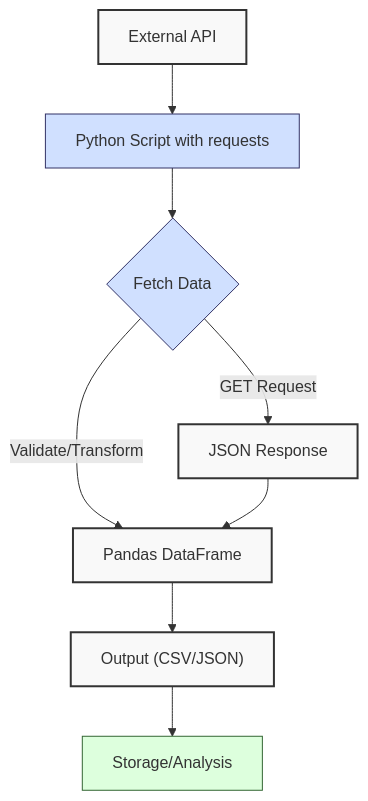
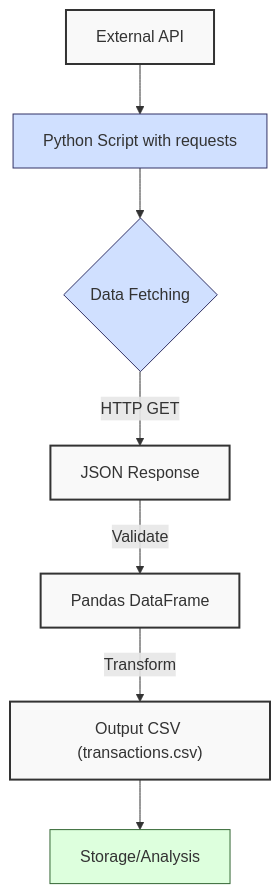
Before and after one commit to wahidyankf/oss: the first of 3 diagrams in apps-standalone/ayokoding-web/content/en/learn/software-engineering/onboardings/hijra-data-engineering/ch04-web-integration-and-apis/_index.md, drawn with Mermaid. The commit also changed other lines of this file and 2 other files, not shown here.

````diff
--- a/apps-standalone/ayokoding-web/content/en/learn/software-engineering/onboardings/hijra-data-engineering/ch04-web-integration-and-apis/_index.md
+++ b/apps-standalone/ayokoding-web/content/en/learn/software-engineering/onboardings/hijra-data-engineering/ch04-web-integration-and-apis/_index.md
@@ -20,18 +20,17 @@
 ```mermaid
 flowchart TD
     A["External API"] --> B["Python Script with requests"]
-    B --> C{"Fetch Data"}
-    C -->|GET Request| D["JSON Response"]
-    C -->|Validate/Transform| E["Pandas DataFrame"]
-    D --> E
-    E --> F["Output (CSV/JSON)"]
+    B --> C{"Data Fetching"}
+    C -->|HTTP GET| D["JSON Response"]
+    D -->|Validate| E["Pandas DataFrame"]
+    E -->|Transform| F["Output CSV (transactions.csv)"]
     F --> G["Storage/Analysis"]
 
     classDef data fill:#f9f9f9,stroke:#333,stroke-width:2px
     classDef process fill:#d0e0ff,stroke:#336,stroke-width:1px
     classDef storage fill:#ddffdd,stroke:#363,stroke-width:1px
 
     class A,D,E,F data
     class B,C process
     class G storage
 ```
````
